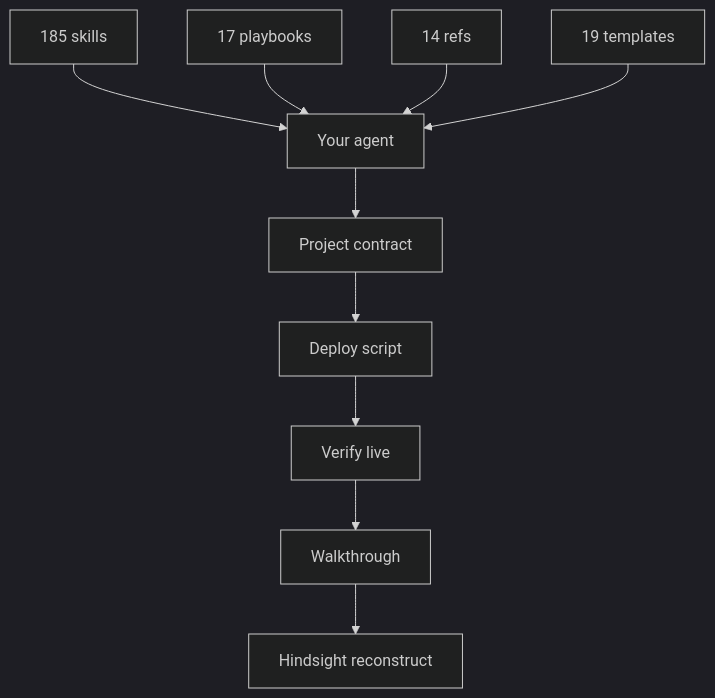
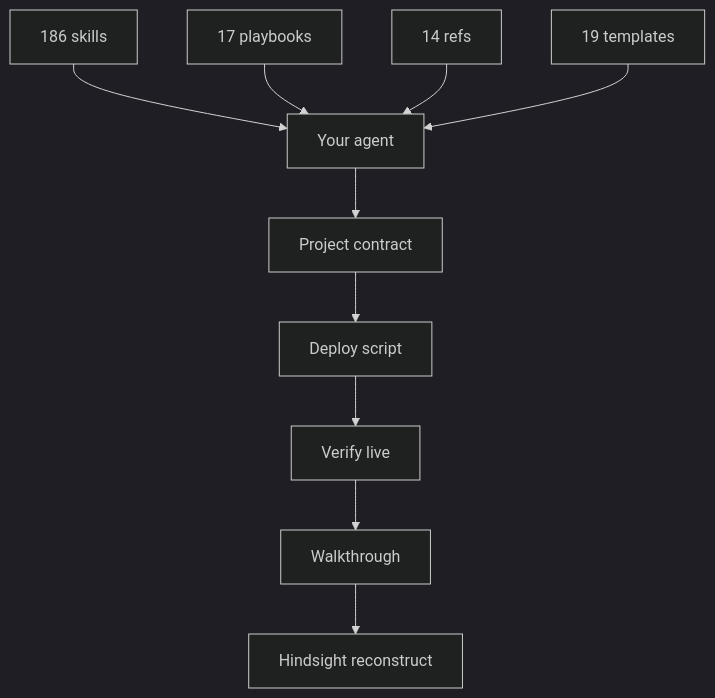
The third of 3 diagrams in README.md (Nonarkara/dr-non-vibecoding-skills), drawn with Mermaid (dark theme) before and after one commit. The commit also changed other lines of this file and 24 other files, not shown here.

````diff
--- a/README.md
+++ b/README.md
@@ -452,12 +464,12 @@
 ```mermaid
 flowchart TB
-  S["185 skills"] --> A["Your agent"]
+  S["186 skills"] --> A["Your agent"]
   P["17 playbooks"] --> A
   R["14 refs"] --> A
   T["19 templates"] --> A
   A --> W["Project contract"]
   W --> D["Deploy script"]
   D --> V["Verify live"]
   V --> H["Walkthrough"]
   H --> L["Hindsight reconstruct"]
 ```
````
